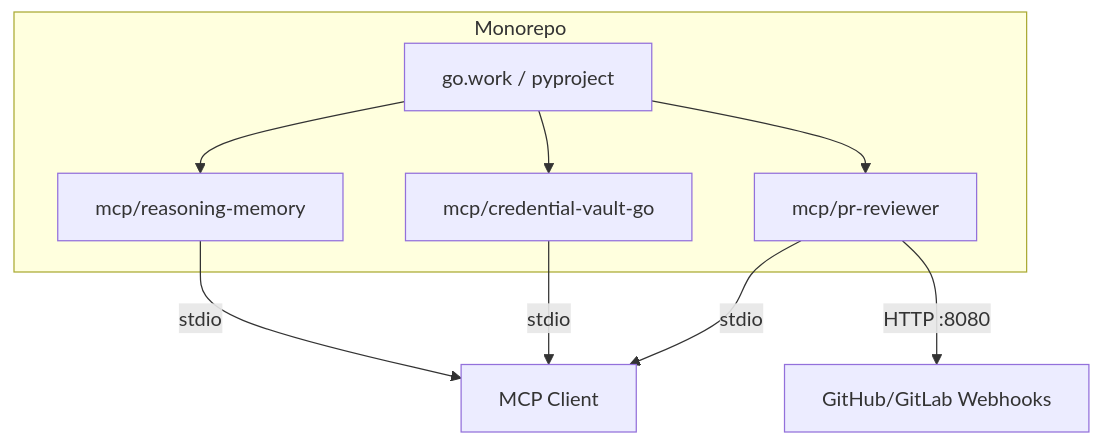
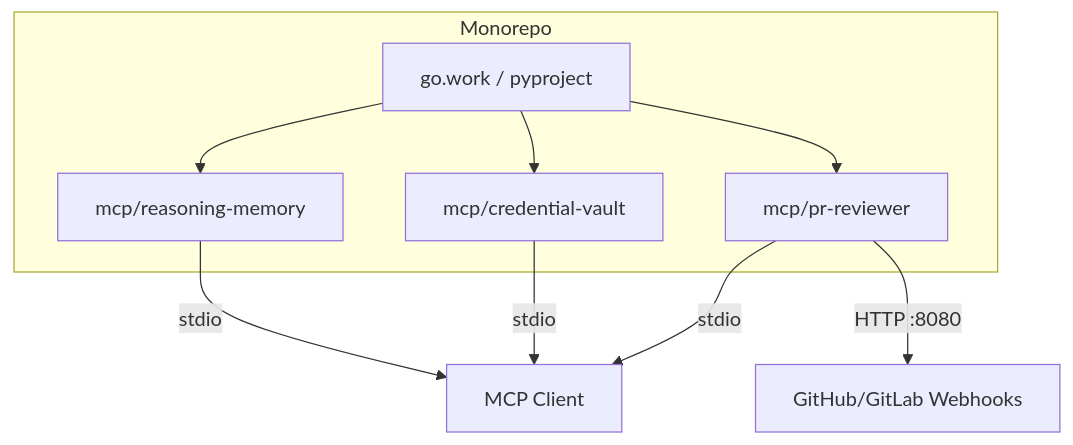
Before and after one commit to ronaldyuwandika/all-in-one-mcp: the diagram in README.md, drawn with Mermaid. The commit also changed other lines of this file and 35 other files, not shown here.

````diff
--- a/README.md
+++ b/README.md
@@ -47,12 +47,12 @@
 ```mermaid
 graph TB
     subgraph "Monorepo"
         MW[go.work / pyproject] --> RM[mcp/reasoning-memory]
-MW --> CV[mcp/credential-vault-go]
+MW --> CV[mcp/credential-vault]
         MW --> PR[mcp/pr-reviewer]
     end
     RM -->|stdio| MCP_C[MCP Client]
     CV -->|stdio| MCP_C
     PR -->|stdio| MCP_C
     PR -->|HTTP :8080| WH[GitHub/GitLab Webhooks]
 ```
````
